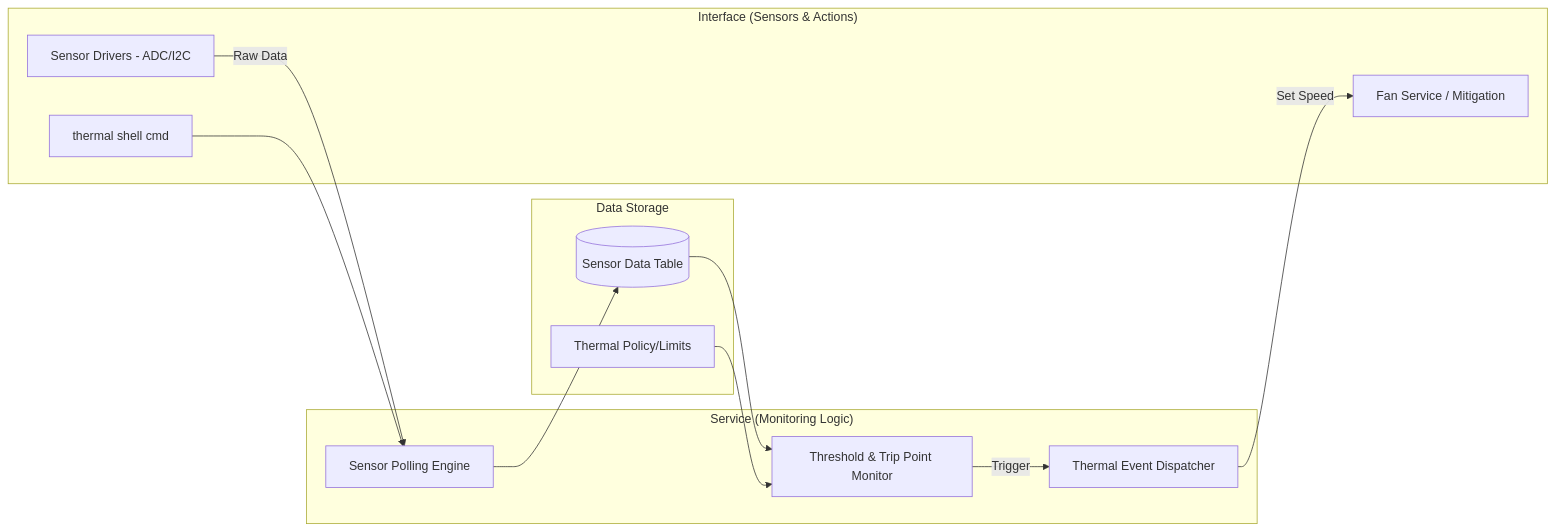
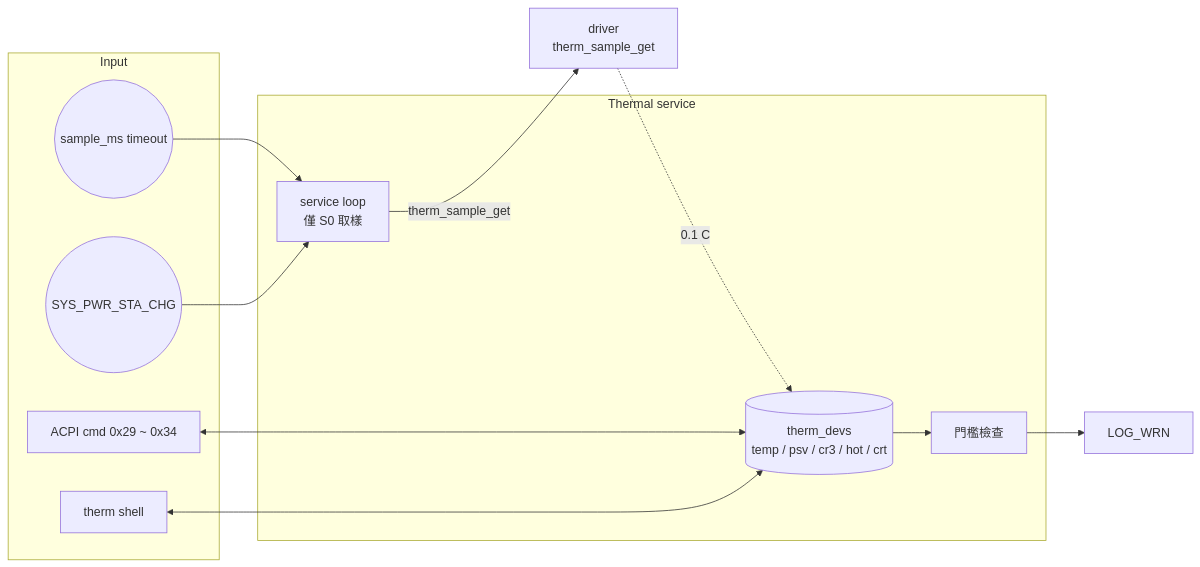
Before and after one commit to MCHP-Andy/ec_qualcomm: the diagram in service/thermal/readme.md, drawn with Mermaid. The commit also changed other lines of this file and 13 other files, not shown here.

````diff
--- a/service/thermal/readme.md
+++ b/service/thermal/readme.md
@@ -4,32 +16,27 @@
 ```mermaid
 graph LR
-    subgraph "Service (Monitoring Logic)"
-        Poll[Sensor Polling Engine]
-        Check[Threshold & Trip Point Monitor]
-        Event[Thermal Event Dispatcher]
+    subgraph "Input"
+        TMR((sample_ms timeout))
+        PWR((SYS_PWR_STA_CHG))
+        ACPI[ACPI cmd 0x29 ~ 0x34]
+        SHELL[therm shell]
     end
 
-    subgraph "Data Storage"
-        Table[(Sensor Data Table)]
-        Policy[Thermal Policy/Limits]
+    subgraph "Thermal service"
+        LOOP[service loop<br/>僅 S0 取樣]
+        DEV[(therm_devs<br/>temp / psv / cr3 / hot / crt)]
+        CHK[門檻檢查]
     end
 
-    subgraph "Interface (Sensors & Actions)"
-        DRV[Sensor Drivers - ADC/I2C]
-        SHELL[thermal shell cmd]
-        FAN[Fan Service / Mitigation]
-    end
+    DRV[driver<br/>therm_sample_get]
+    LOG[LOG_WRN]
 
-    %% Monitoring Flow
-    DRV -->|Raw Data| Poll
-    Poll --> Table
-    Table --> Check
-    
-    %% Logic Flow
-    Check -->|Trigger| Event
-    Policy --> Check
-    
-    %% Action Flow
-    Event -->|Set Speed| FAN
-    SHELL --> Poll
+    TMR --> LOOP
+    PWR --> LOOP
+    LOOP -->|therm_sample_get| DRV
+    DRV -.->|0.1 C| DEV
+    DEV --> CHK
+    CHK --> LOG
+    ACPI <--> DEV
+    SHELL <--> DEV
 ```
````
